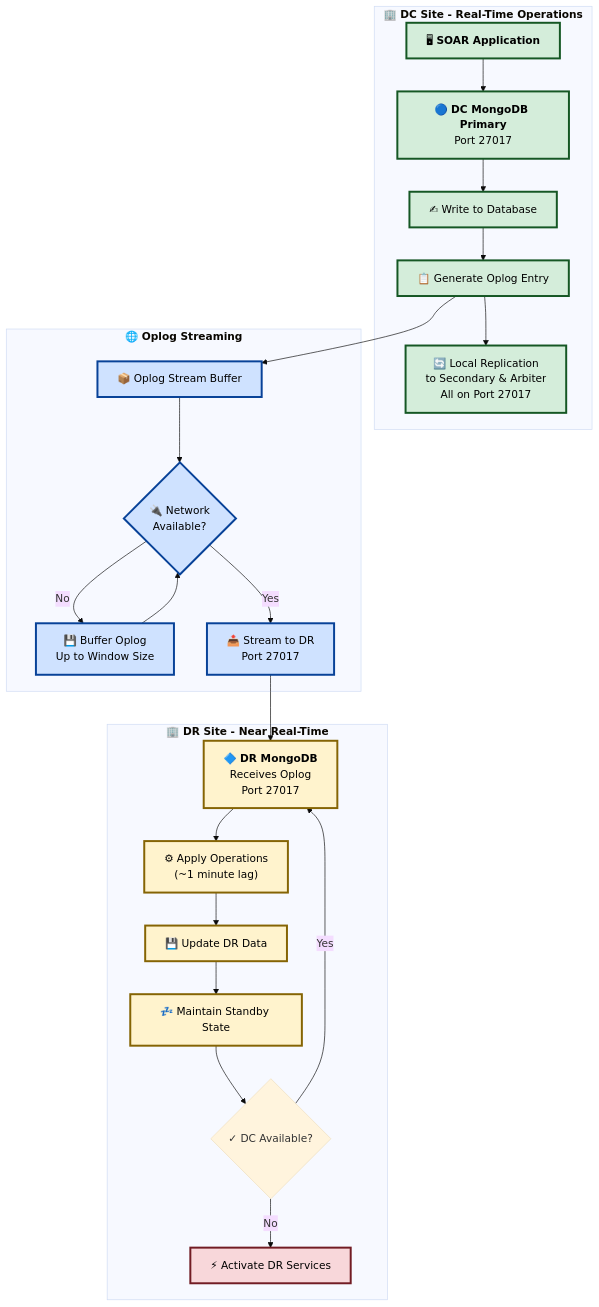
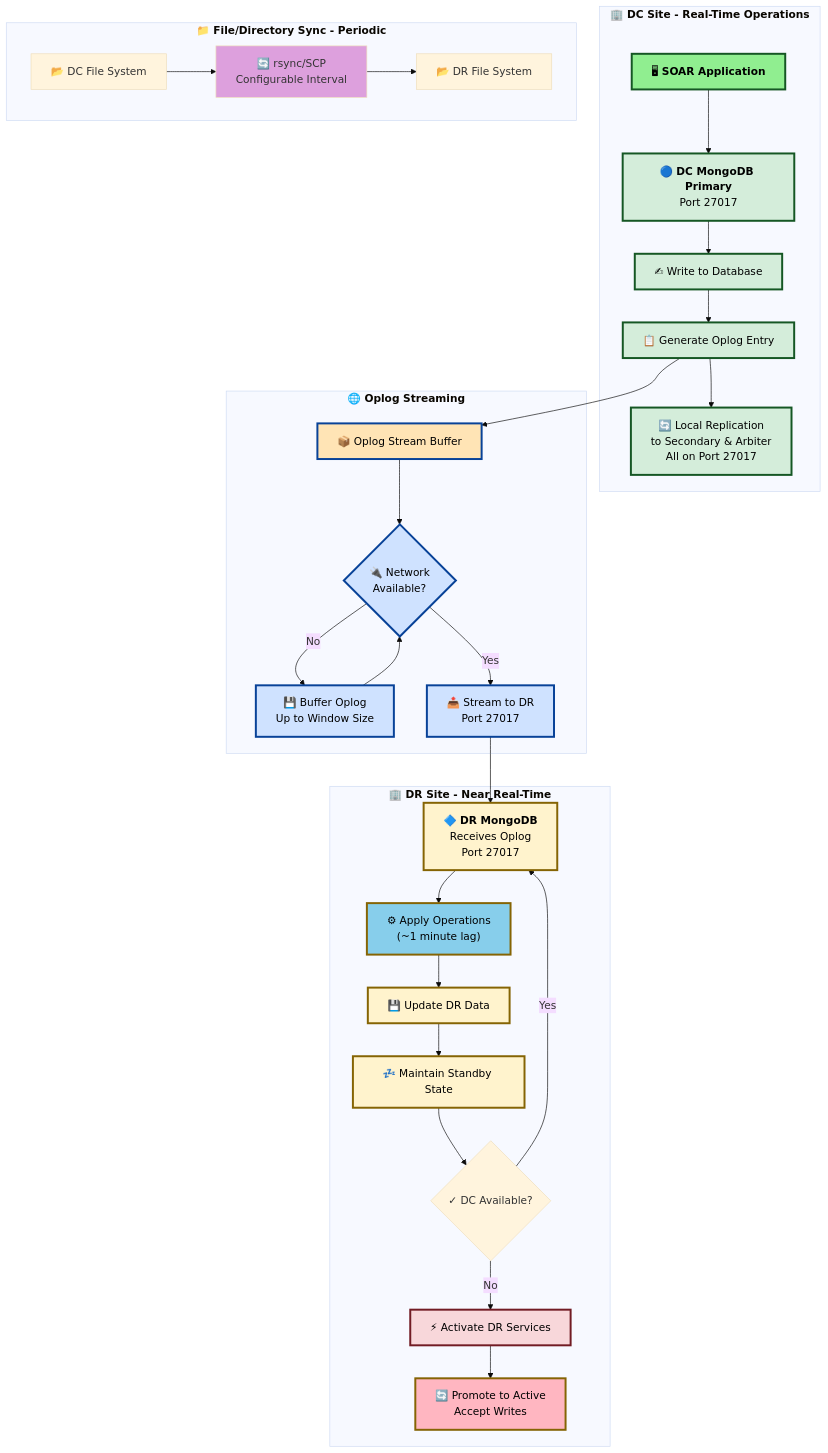
The ninth of 12 diagrams in HA_DR_Architecture_Documentation_dt.md (Vishwa0220/customers-docs), drawn with Mermaid (base theme) before and after one commit.

````diff
--- a/HA_DR_Architecture_Documentation_dt.md
+++ b/HA_DR_Architecture_Documentation_dt.md
@@ -579,37 +579,49 @@
 ```mermaid
 graph TB
     subgraph DC["<b>🏢 DC Site - Real-Time Operations</b>"]
         A["🖥 <b>SOAR Application</b>"] --> B["🔵 <b>DC MongoDB Primary</b><br/>Port 27017"]
         B --> C["✍ Write to Database"]
         C --> D["📋 Generate Oplog Entry"]
         D --> E["🔄 Local Replication<br/>to Secondary & Arbiter<br/>All on Port 27017"]
     end
     
     subgraph STREAM["<b>🌐 Oplog Streaming</b>"]
         D --> F["📦 Oplog Stream Buffer"]
         F --> G{"🔌 Network<br/>Available?"}
         G -->|"No"| H["💾 Buffer Oplog<br/>Up to Window Size"]
         H --> G
         G -->|"Yes"| I["📤 Stream to DR<br/>Port 27017"]
     end
     
     subgraph DR["<b>🏢 DR Site - Near Real-Time</b>"]
         I --> J["🔷 <b>DR MongoDB</b><br/>Receives Oplog<br/>Port 27017"]
         J --> K["⚙ Apply Operations<br/>(~1 minute lag)"]
         K --> L["💾 Update DR Data"]
         L --> M["💤 Maintain Standby State"]
         M --> N{"✓ DC Available?"}
         N -->|"Yes"| J
         N -->|"No"| O["⚡ Activate DR Services"]
+        O --> P["🔄 Promote to Active<br/>Accept Writes"]
+    end
+    
+    subgraph FILES["<b>📁 File/Directory Sync - Periodic</b>"]
+        Q["📂 DC File System"] --> R["🔄 rsync/SCP<br/>Configurable Interval"]
+        R --> S["📂 DR File System"]
     end
     
     classDef dcStyle fill:#d4edda,stroke:#155724,stroke-width:3px,color:#000
     classDef streamStyle fill:#cfe2ff,stroke:#084298,stroke-width:3px,color:#000
     classDef drStyle fill:#fff3cd,stroke:#856404,stroke-width:3px,color:#000
     classDef alertStyle fill:#f8d7da,stroke:#721c24,stroke-width:3px,color:#000
     
     class A,B,C,D,E dcStyle
     class F,G,H,I streamStyle
-    class J,K,L,M drStyle
+    class J,K,L,M,P drStyle
     class O alertStyle
+    
+    style A fill:#90EE90
+    style F fill:#FFE4B5
+    style K fill:#87CEEB
+    style P fill:#FFB6C1
+    style R fill:#DDA0DD
 ```
````
